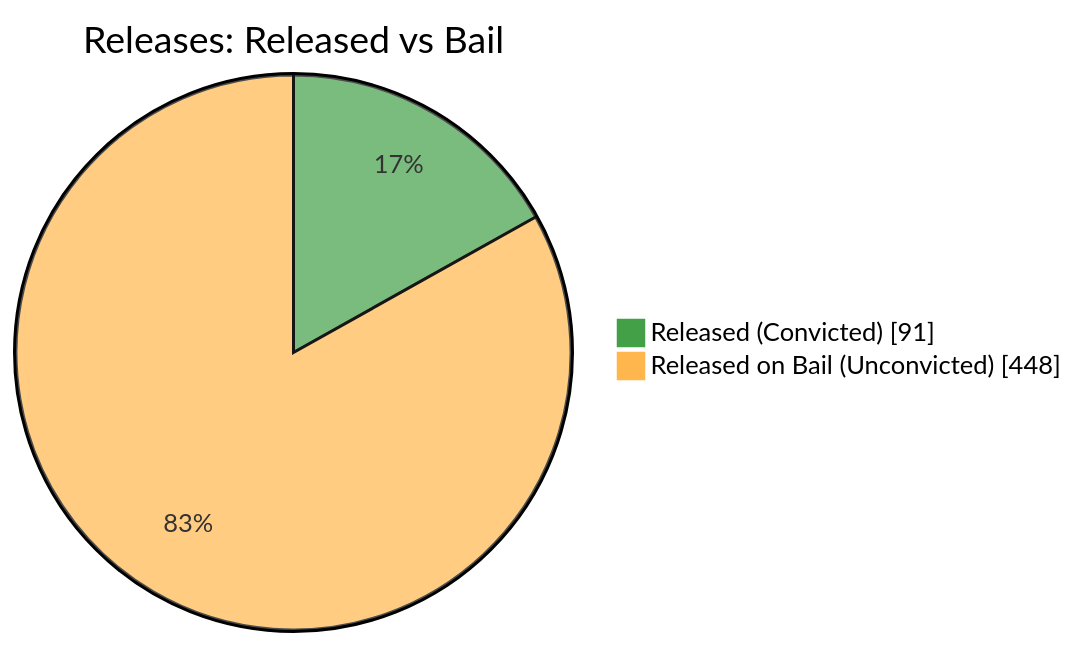
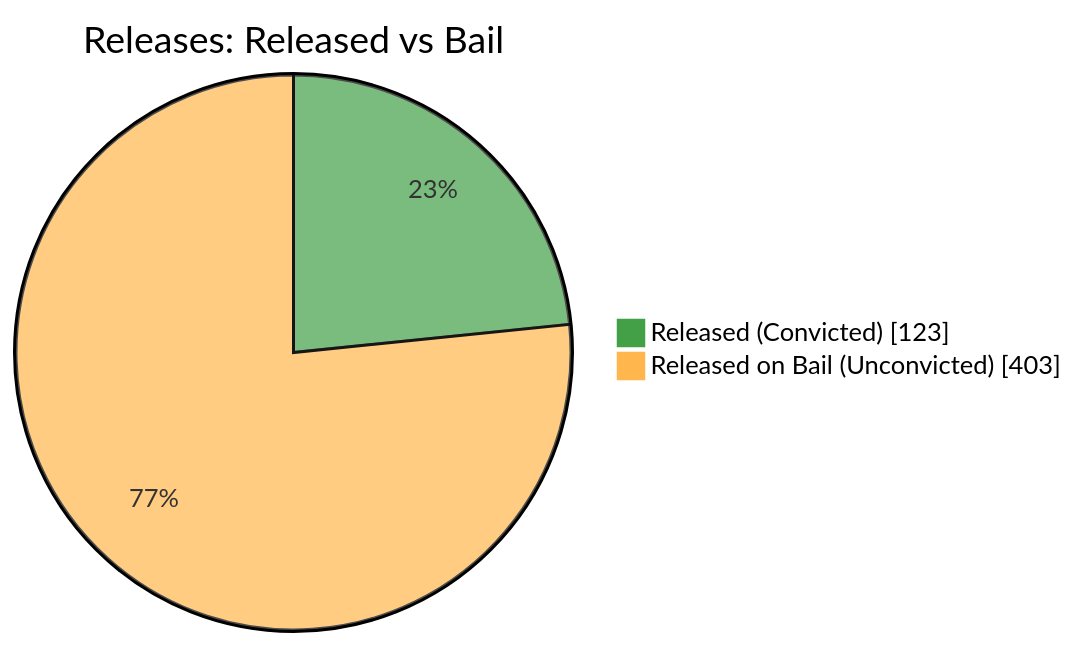
The fifth of 7 diagrams in README.md (nuuuwan/lk_prisons), drawn with Mermaid before and after one commit. The commit also changed other lines of this file and 1 other file, not shown here.

````diff
--- a/README.md
+++ b/README.md
@@ -87,6 +87,6 @@
 ```mermaid
 %%{init: {'themeVariables': {'pie1': '#43A047', 'pie2': '#FFB74D'}}}%%
 pie showData title Releases: Released vs Bail
-    "Released (Convicted)" : 91
-    "Released on Bail (Unconvicted)" : 448
+    "Released (Convicted)" : 123
+    "Released on Bail (Unconvicted)" : 403
 ```
````
